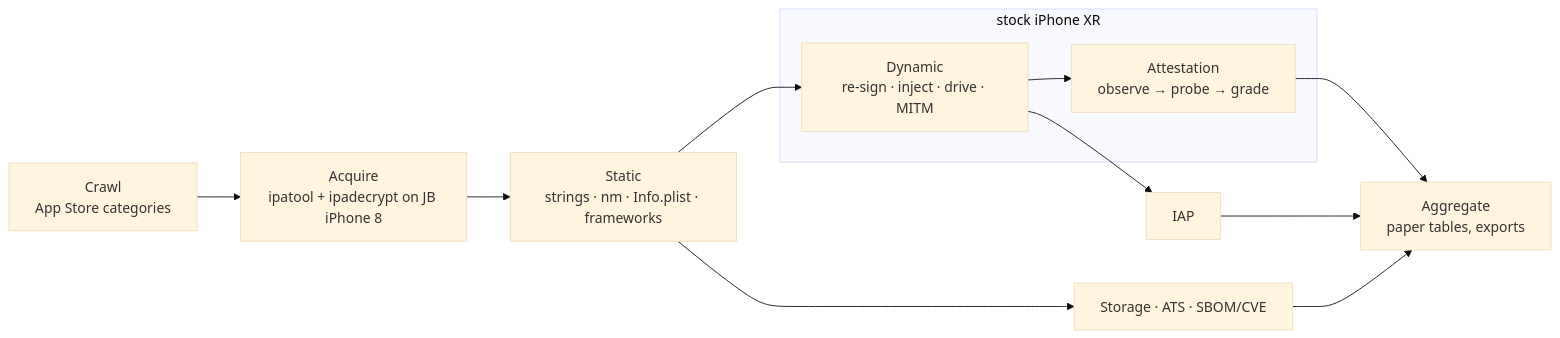
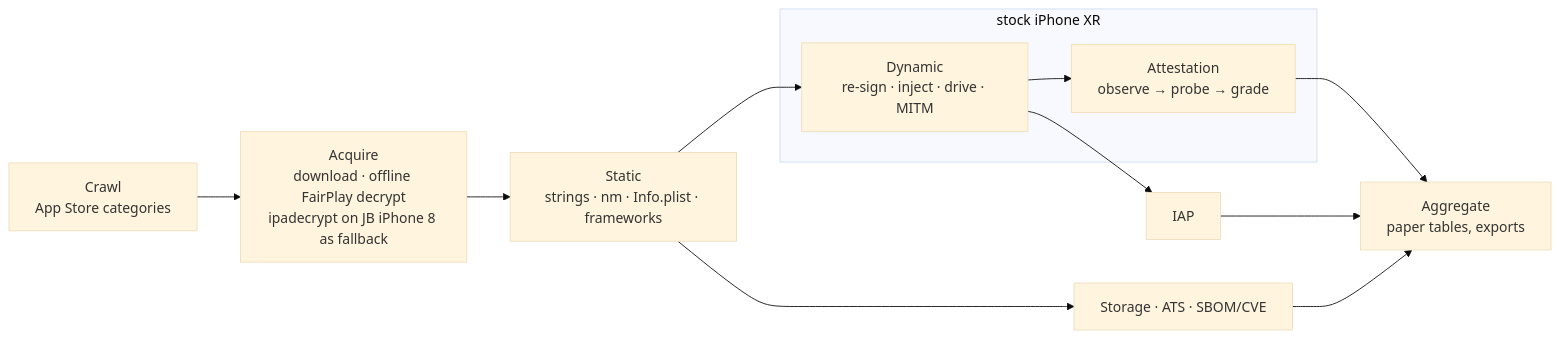
The diagram in README.md (AmirhosseinKhanlari/Havva), drawn with Mermaid (base theme) before and after one commit. The commit also changed other lines of this file and 14 other files, not shown here.

First line of the commit message:
docs: README for offline FairPlay decryption, console screenshots

````diff
--- a/README.md
+++ b/README.md
@@ -50,16 +144,16 @@
 ```mermaid
 flowchart LR
-    A[Crawl<br/>App Store categories] --> B[Acquire<br/>ipatool + ipadecrypt on JB iPhone 8]
+    A[Crawl<br/>App Store categories] --> B[Acquire<br/>download · offline FairPlay decrypt<br/>ipadecrypt on JB iPhone 8 as fallback]
     B --> C[Static<br/>strings · nm · Info.plist · frameworks]
     C --> D[Dynamic<br/>re-sign · inject · drive · MITM]
     D --> E[Attestation<br/>observe → probe → grade]
     D --> F[IAP]
     C --> G[Storage · ATS · SBOM/CVE]
     E --> H[Aggregate<br/>paper tables, exports]
     F --> H
     G --> H
     subgraph device [stock iPhone XR]
       D
       E
     end
 ```
````
